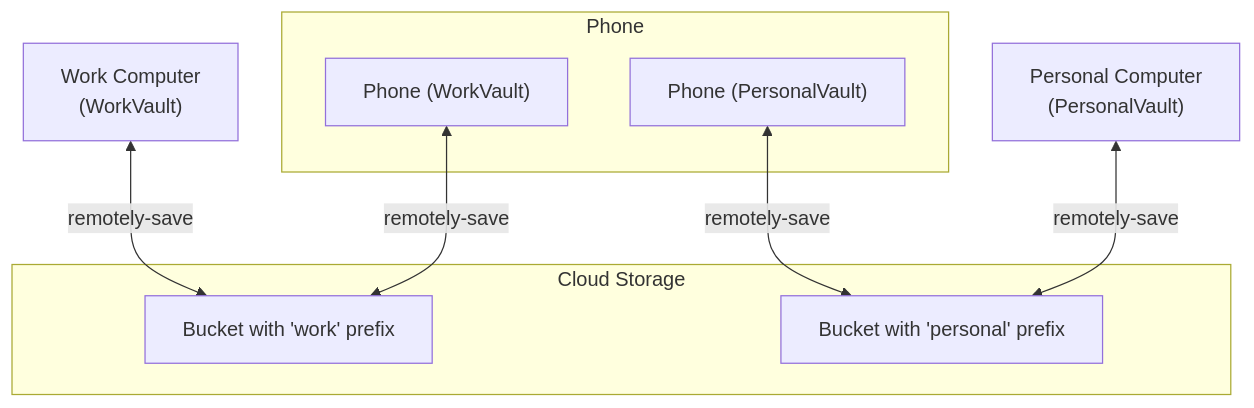
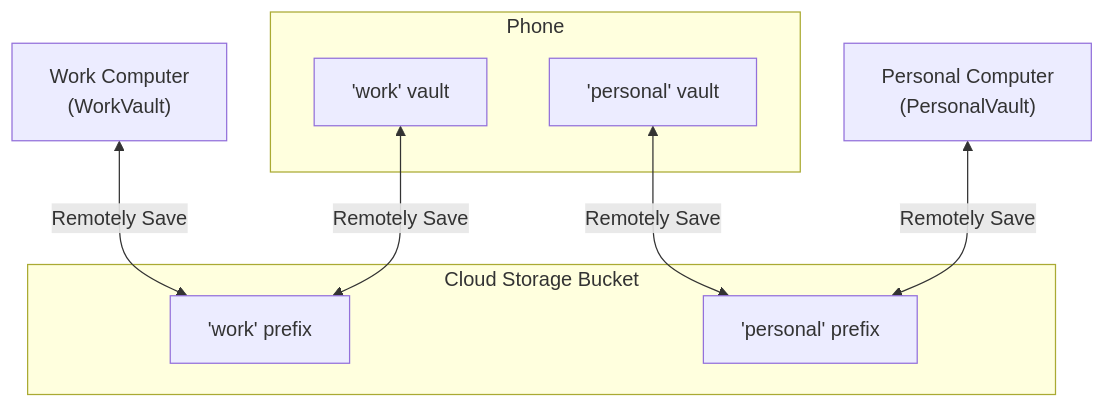
The diagram in src/content/post/obsidian.md (amarder/amarder.github.io), drawn with Mermaid before and after one commit. The commit also changed other lines of this file, not shown here.

````diff
--- a/src/content/post/obsidian.md
+++ b/src/content/post/obsidian.md
@@ -74,21 +47,21 @@
 ```mermaid
 graph TD;
     WorkPC["Work Computer<br/>(WorkVault)"];
 
     subgraph "Phone"
-        PhoneWork["Phone (WorkVault)"];
-        PhonePersonal["Phone (PersonalVault)"];
+        PhoneWork["'work' vault"];
+        PhonePersonal["'personal' vault"];
     end
 
     PersonalPC["Personal Computer<br/>(PersonalVault)"];
 
-    subgraph "Cloud Storage"
-        B2Work["Bucket with 'work' prefix"];
-        B2Personal["Bucket with 'personal' prefix"];
+    subgraph "Cloud Storage Bucket"
+        B2Work["'work' prefix"];
+        B2Personal["'personal' prefix"];
     end
 
-    WorkPC <-- "remotely-save" --> B2Work;
-    PhoneWork <-- "remotely-save" --> B2Work;
-    PhonePersonal <-- "remotely-save" --> B2Personal;
-    PersonalPC <-- "remotely-save" --> B2Personal;
+    WorkPC <-- "Remotely Save" --> B2Work;
+    PhoneWork <-- "Remotely Save" --> B2Work;
+    PhonePersonal <-- "Remotely Save" --> B2Personal;
+    PersonalPC <-- "Remotely Save" --> B2Personal;
 ```
````
